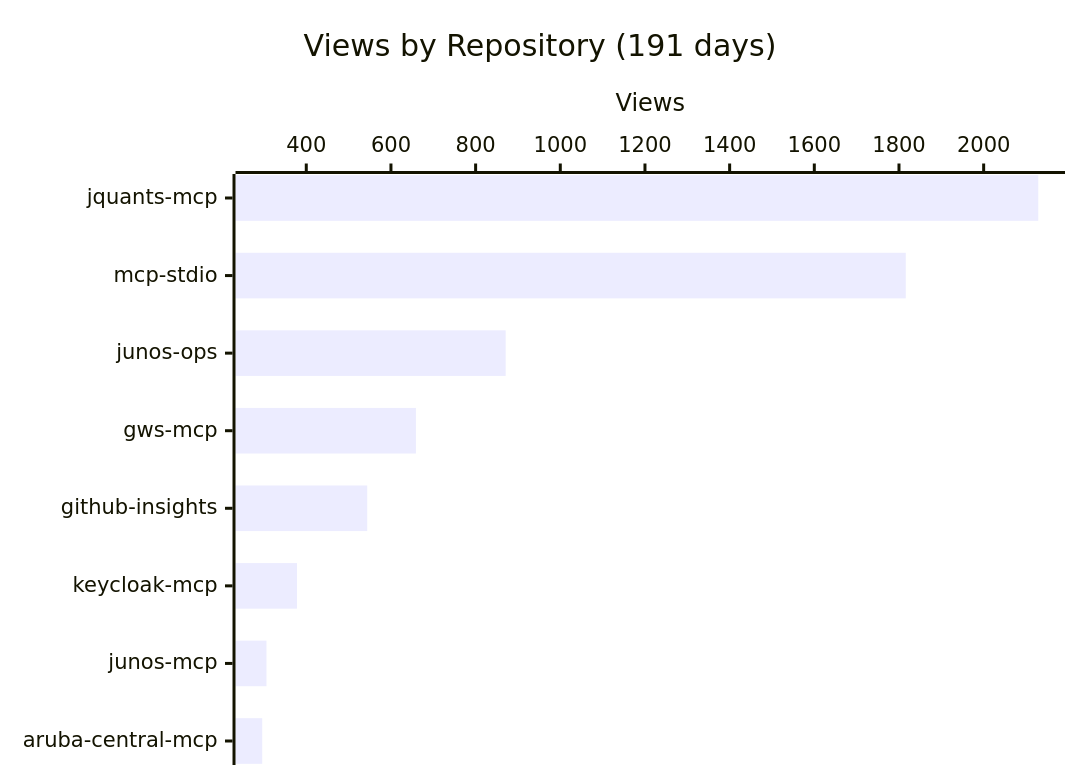
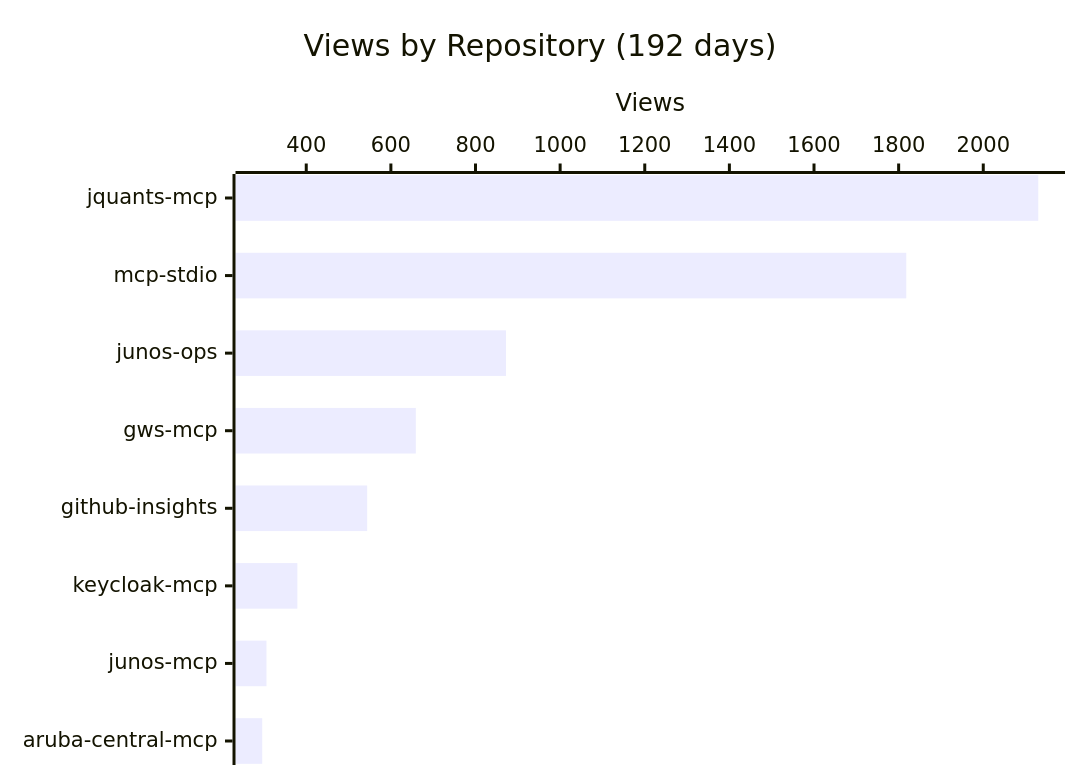
Before and after one commit to shigechika/github-insights: the first of 4 diagrams in README.md, drawn with Mermaid. The commit also changed other lines of this file and 2 other files, not shown here.

````diff
--- a/README.md
+++ b/README.md
@@ -18,7 +18,7 @@
 ```mermaid
 xychart-beta horizontal
-    title "Views by Repository (191 days)"
+    title "Views by Repository (192 days)"
     x-axis ["jquants-mcp", "mcp-stdio", "junos-ops", "gws-mcp", "github-insights", "keycloak-mcp", "junos-mcp", "aruba-central-mcp"]
     y-axis "Views"
-    bar [2129, 1816, 871, 659, 544, 378, 306, 296]
+    bar [2130, 1818, 872, 659, 544, 379, 306, 296]
 ```
````
